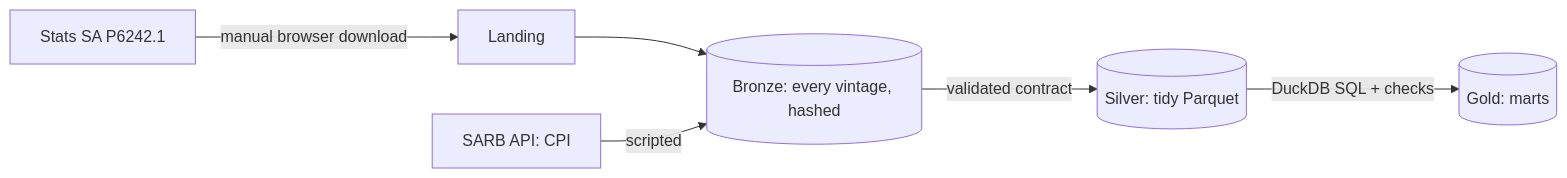
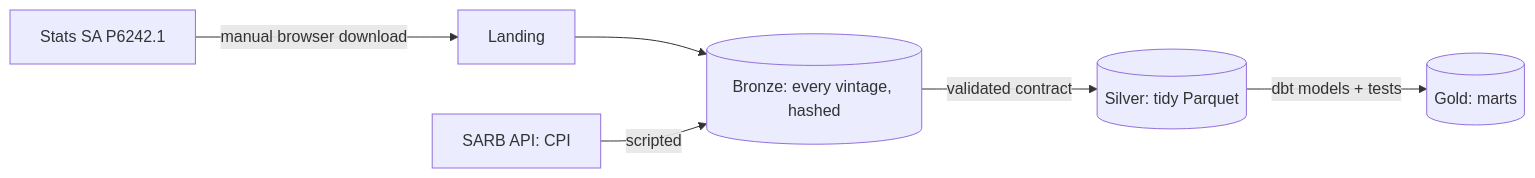
One commit to Emmanuel-Esplin/sa-property-lakehouse changed the diagram in README.md. Above: the diagram before and after it, drawn with Mermaid. The commit also changed other lines of this file and 46 other files, not shown here.

First line of the commit message:
feat: build the marts with one dbt project on DuckDB and Athena

````diff
--- a/README.md
+++ b/README.md
@@ -64,8 +64,8 @@
 ```mermaid
 flowchart LR
     S[Stats SA P6242.1] -->|manual browser download| L[Landing]
     L --> B[(Bronze: every vintage, hashed)]
     R[SARB API: CPI] -->|scripted| B
     B -->|validated contract| SV[(Silver: tidy Parquet)]
-    SV -->|DuckDB SQL + checks| G[(Gold: marts)]
+    SV -->|dbt models + tests| G[(Gold: marts)]
 ```
````
